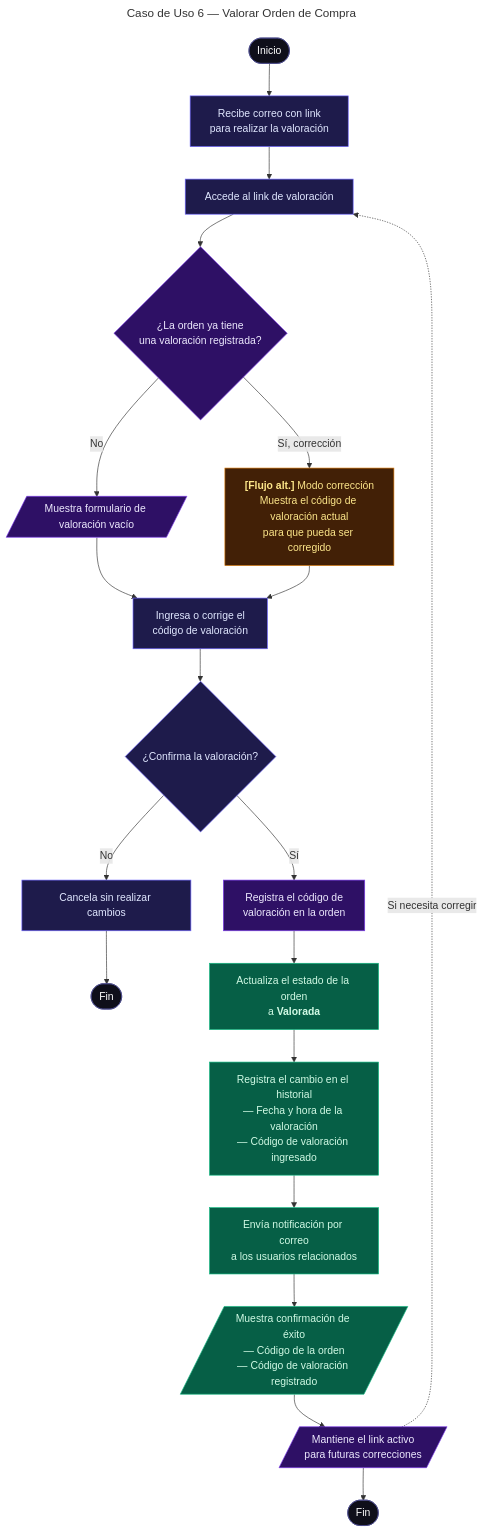
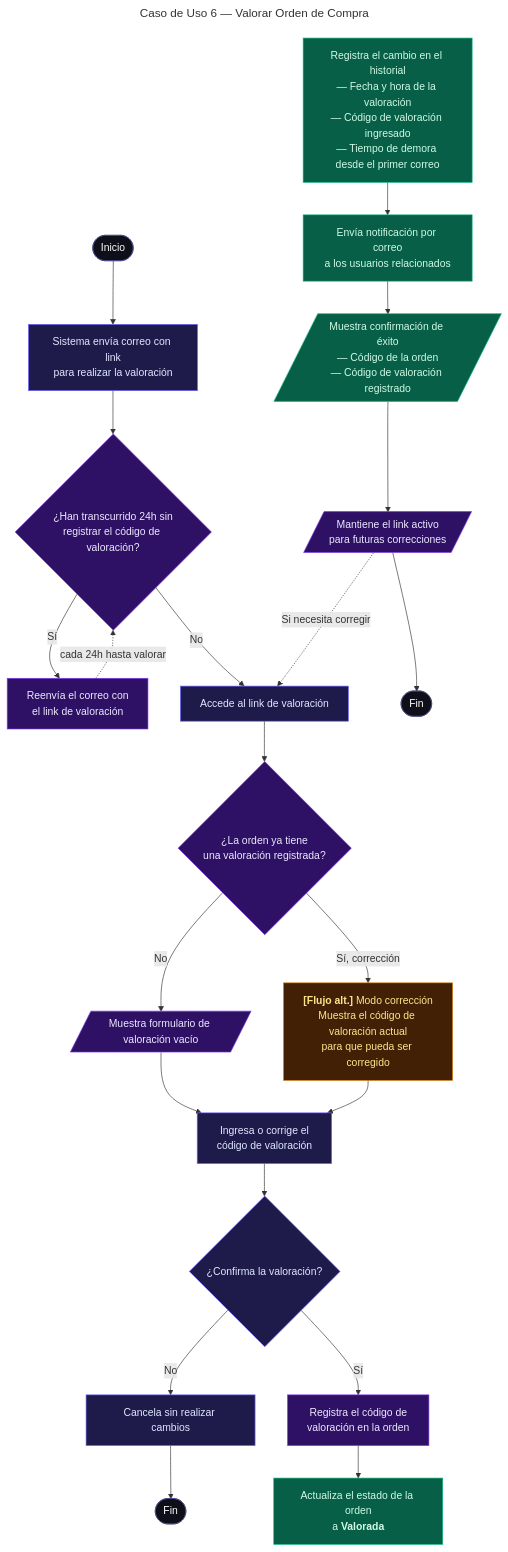
Before and after one commit to Erillope/Massline-prototipo: the diagram in data/uc6_valorar_orden_compra.mmd, drawn with Mermaid. The commit also changed 4 other files, not shown here.

```diff
--- a/data/uc6_valorar_orden_compra.mmd
+++ b/data/uc6_valorar_orden_compra.mmd
@@ -1,38 +1,41 @@
 ---
 title: Caso de Uso 6 — Valorar Orden de Compra
 ---
 flowchart TD
-    A([Inicio]) --> B["Recibe correo con link<br/>para realizar la valoración"]
-    B --> C["Accede al link de valoración"]
+    A([Inicio]) --> B["Sistema envía correo con link<br/>para realizar la valoración"]
+    B --> WAIT{"¿Han transcurrido 24h sin<br/>registrar el código de valoración?"}
+    WAIT -- Sí --> RESEND["Reenvía el correo con<br/>el link de valoración"]
+    RESEND -. cada 24h hasta valorar .-> WAIT
+    WAIT -- No --> C["Accede al link de valoración"]
     C --> D{"¿La orden ya tiene<br/>una valoración registrada?"}
 
     D -- No --> E[/"Muestra formulario de valoración vacío"/]
     D -- Sí, corrección --> F["<b>[Flujo alt.]</b> Modo corrección<br/>Muestra el código de valoración actual<br/>para que pueda ser corregido"]
 
     E --> G["Ingresa o corrige el<br/>código de valoración"]
     F --> G
     G --> H{"¿Confirma la valoración?"}
 
     H -- No --> I["Cancela sin realizar cambios"]
     I --> Z1([Fin])
 
     H -- Sí --> J["Registra el código de<br/>valoración en la orden"]
     J --> K["Actualiza el estado de la orden<br/>a <b>Valorada</b>"]
-    K --> L["Registra el cambio en el historial<br/>— Fecha y hora de la valoración<br/>— Código de valoración ingresado"]
+    L["Registra el cambio en el historial<br/>— Fecha y hora de la valoración<br/>— Código de valoración ingresado<br/>— Tiempo de demora desde el primer correo"]
     L --> M["Envía notificación por correo<br/>a los usuarios relacionados"]
     M --> N[/"Muestra confirmación de éxito<br/>— Código de la orden<br/>— Código de valoración registrado"/]
     N --> O[/"Mantiene el link activo<br/>para futuras correcciones"/]
     O -. Si necesita corregir .-> C
     O --> Z2([Fin])
 
     classDef usuario fill:#1e1b4b,stroke:#6c63ff,color:#e0e7ff
     classDef sistema fill:#2e1065,stroke:#7c3aed,color:#ede9fe
     classDef alt fill:#422006,stroke:#d97706,color:#fde68a
     classDef success fill:#065f46,stroke:#10b981,color:#d1fae5
     classDef terminal fill:#0f0f1a,stroke:#4a4a8a,color:#ffffff
 
     class B,C,G,H,I usuario
-    class D,E,F,J,O sistema
+    class D,E,F,J,O,WAIT,RESEND sistema
     class F alt
     class K,L,M,N success
     class A,Z1,Z2 terminal
```
